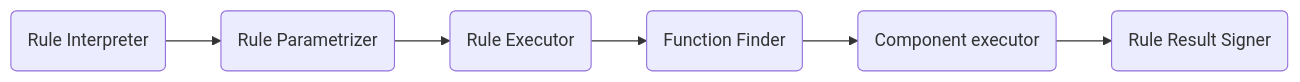
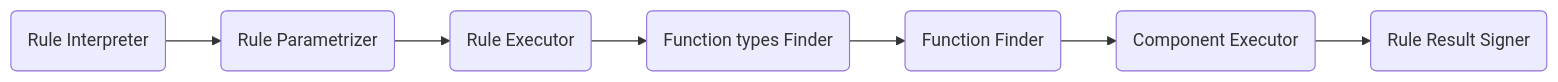
One commit to BBVA/Overlord changed the diagram in overview.draft.md. Above: the diagram before and after it, drawn with Mermaid. The commit also changed other lines of this file, not shown here.

```diff
--- a/overview.draft.md
+++ b/overview.draft.md
@@ -8,10 +8,11 @@
 ~~~mermaid
 
 graph LR
     A(Rule Interpreter) --> B(Rule Parametrizer)
     B --> C(Rule Executor)
-    C --> D(Function Finder)
-    D --> E(Component executor)
-    E --> F(Rule Result Signer)
+    C --> D(Function types Finder)
+    D --> E(Function Finder)
+    E --> F(Component Executor)
+    F --> G(Rule Result Signer)
 
 ~~~
```
